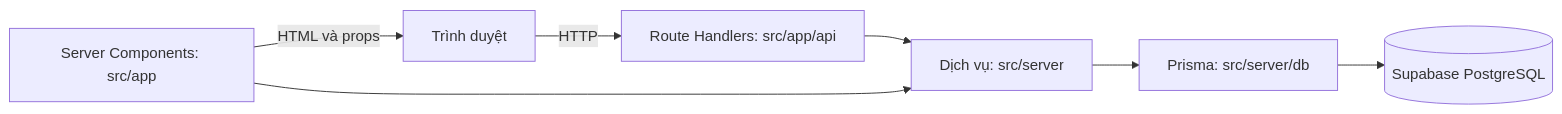
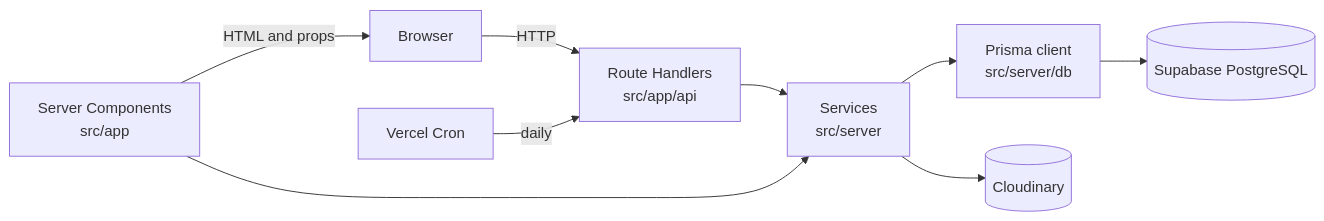
The diagram in docs/architecture.md (MinhToanSBO4/T-Petie), drawn with Mermaid before and after one commit. The commit also changed other lines of this file and 103 other files, not shown here.

````diff
--- a/docs/architecture.md
+++ b/docs/architecture.md
@@ -7,9 +9,11 @@
 ```mermaid
 flowchart LR
-  B[Trình duyệt] -->|HTTP| A[Route Handlers: src/app/api]
-  A --> S[Dịch vụ: src/server]
-  P[Server Components: src/app] --> S
-  S --> O[Prisma: src/server/db]
+  B[Browser] -->|HTTP| A[Route Handlers<br/>src/app/api]
+  A --> S[Services<br/>src/server]
+  P[Server Components<br/>src/app] --> S
+  S --> O[Prisma client<br/>src/server/db]
   O --> D[(Supabase PostgreSQL)]
-  P -->|HTML và props| B
+  S --> C[(Cloudinary)]
+  P -->|HTML and props| B
+  V[Vercel Cron] -->|daily| A
 ```
````
